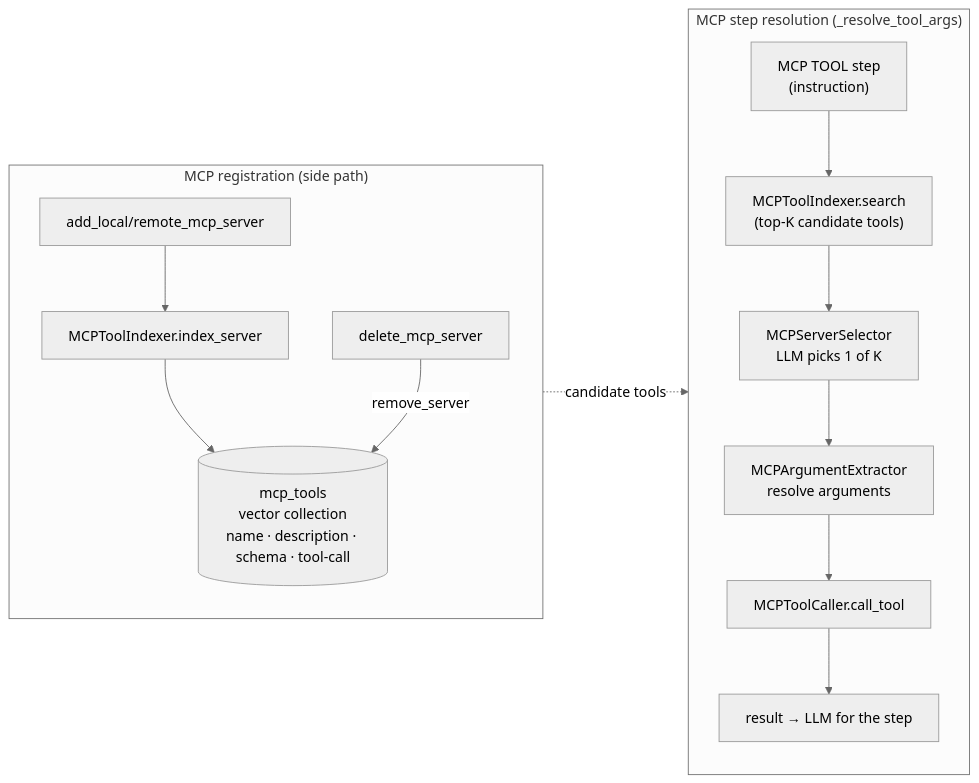
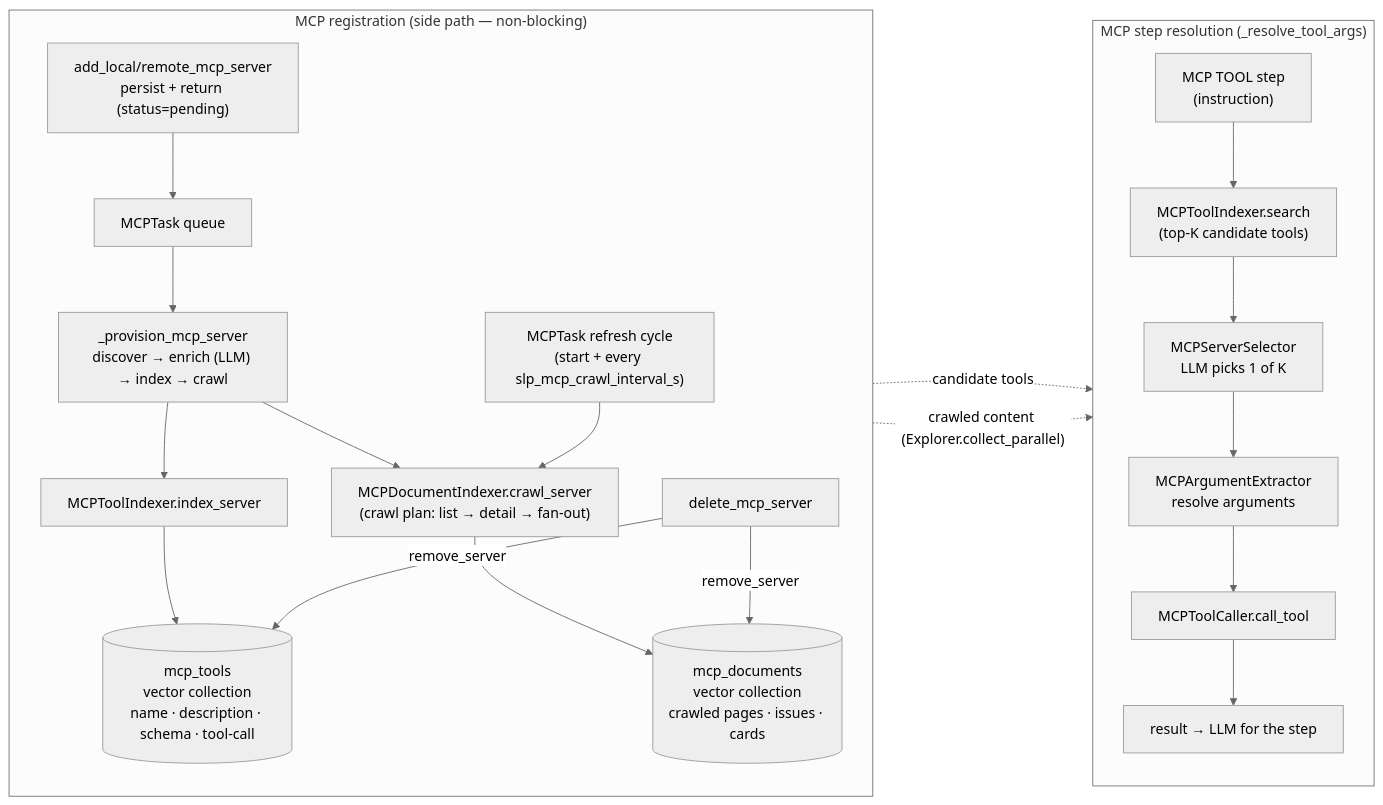
The second of 2 diagrams in diagrams/agent-flow.md (smartloop-labs/smartloop), drawn with Mermaid (neutral theme) before and after one commit. The commit also changed other lines of this file and 19 other files, not shown here.

````diff
--- a/diagrams/agent-flow.md
+++ b/diagrams/agent-flow.md
@@ -42,20 +42,27 @@
 ```mermaid
 flowchart LR
-    subgraph REG["MCP registration (side path)"]
+    subgraph REG["MCP registration (side path — non-blocking)"]
         direction TB
-        ADD["add_local/remote_mcp_server"] --> IDX["MCPToolIndexer.index_server"]
+        ADD["add_local/remote_mcp_server<br/>persist + return (status=pending)"] --> QUEUE["MCPTask queue"]
+        QUEUE --> PROV["_provision_mcp_server<br/>discover → enrich (LLM) → index → crawl"]
+        PROV --> IDX["MCPToolIndexer.index_server"]
         IDX --> VEC[("mcp_tools<br/>vector collection<br/>name · description · schema · tool-call")]
+        PROV --> CRAWL["MCPDocumentIndexer.crawl_server<br/>(crawl plan: list → detail → fan-out)"]
+        CRAWL --> DOCS[("mcp_documents<br/>vector collection<br/>crawled pages · issues · cards")]
+        CYCLE["MCPTask refresh cycle<br/>(start + every slp_mcp_crawl_interval_s)"] --> CRAWL
         DEL["delete_mcp_server"] -->|remove_server| VEC
+        DEL -->|remove_server| DOCS
     end
 
     subgraph RESOLVE["MCP step resolution (_resolve_tool_args)"]
         direction TB
         STEP["MCP TOOL step<br/>(instruction)"] --> Q["MCPToolIndexer.search<br/>(top-K candidate tools)"]
         Q --> PICK["MCPServerSelector<br/>LLM picks 1 of K"]
         PICK --> ARGS["MCPArgumentExtractor<br/>resolve arguments"]
         ARGS --> CALL["MCPToolCaller.call_tool"]
         CALL --> RES["result → LLM for the step"]
     end
 
     VEC -. "candidate tools" .-> Q
+    DOCS -. "crawled content (Explorer.collect_parallel)" .-> STEP
 ```
````
